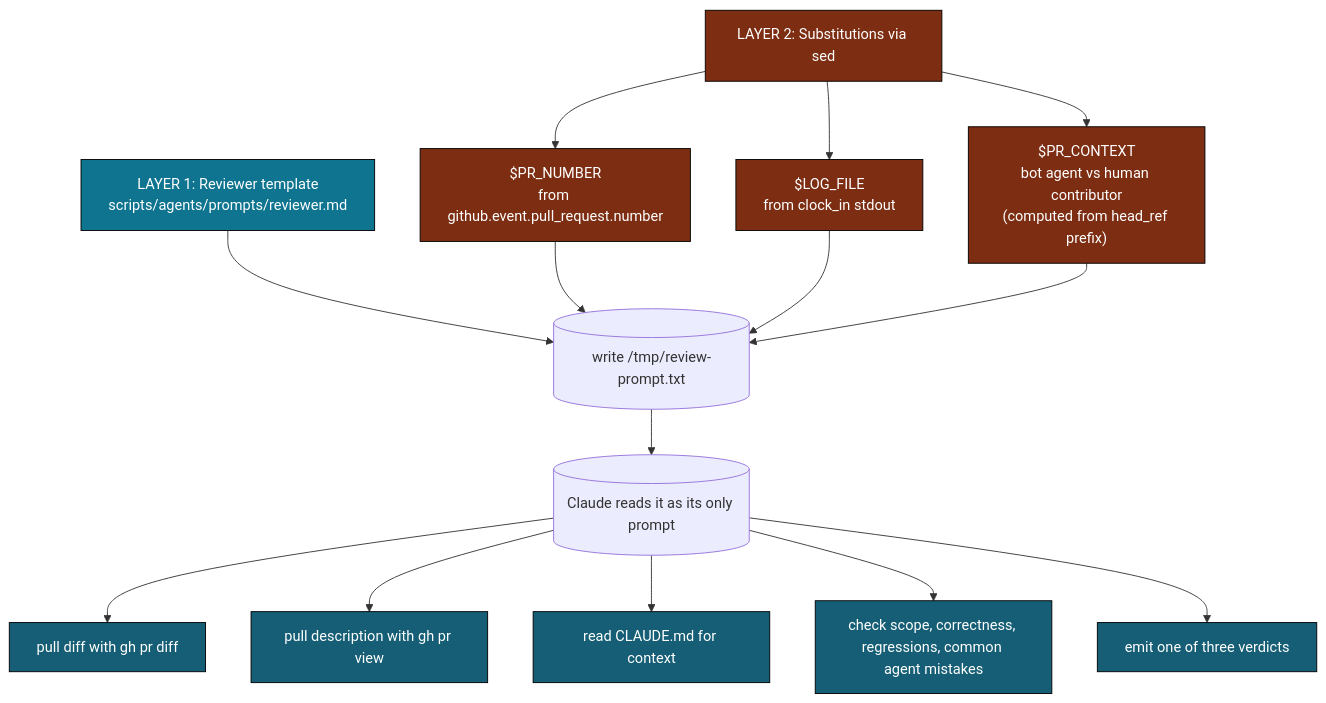
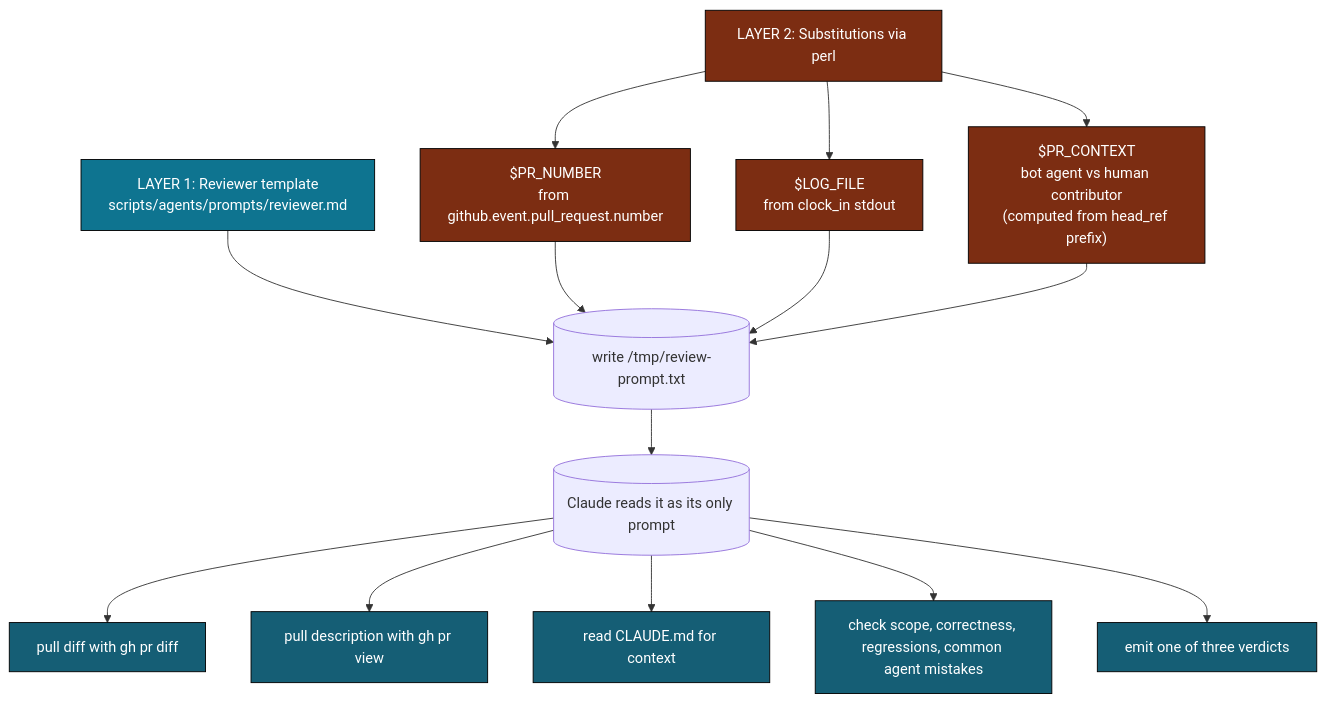
Before and after one commit to gregreindel/llm-exe: the fifth of 12 diagrams in .github/docs/AGENT_REVIEW_PR_DEEP_DIVE.md, drawn with Mermaid. The commit also changed other lines of this file and 2 other files, not shown here.

````diff
--- a/.github/docs/AGENT_REVIEW_PR_DEEP_DIVE.md
+++ b/.github/docs/AGENT_REVIEW_PR_DEEP_DIVE.md
@@ -270,26 +272,26 @@
 ```mermaid
 flowchart TB
     classDef l1 fill:#0e7490,color:#fff,stroke:#000
     classDef l2 fill:#155e75,color:#fff,stroke:#000
     classDef sub fill:#7c2d12,color:#fff,stroke:#000
 
     A["LAYER 1: Reviewer template\nscripts/agents/prompts/reviewer.md"]:::l1
-    B["LAYER 2: Substitutions via sed"]:::sub
+    B["LAYER 2: Substitutions via perl"]:::sub
     B1["$PR_NUMBER\nfrom github.event.pull_request.number"]:::sub
     B2["$LOG_FILE\nfrom clock_in stdout"]:::sub
     B3["$PR_CONTEXT\nbot agent vs human contributor\n(computed from head_ref prefix)"]:::sub
 
     A --> X[("write /tmp/review-prompt.txt")]
     B1 --> X
     B2 --> X
     B3 --> X
     B --> B1
     B --> B2
     B --> B3
     X --> R[("Claude reads it as its only prompt")]
     R --> Q1["pull diff with gh pr diff"]:::l2
     R --> Q2["pull description with gh pr view"]:::l2
     R --> Q3["read CLAUDE.md for context"]:::l2
     R --> Q4["check scope, correctness, regressions, common agent mistakes"]:::l2
     R --> Q5["emit one of three verdicts"]:::l2
 ```
````
